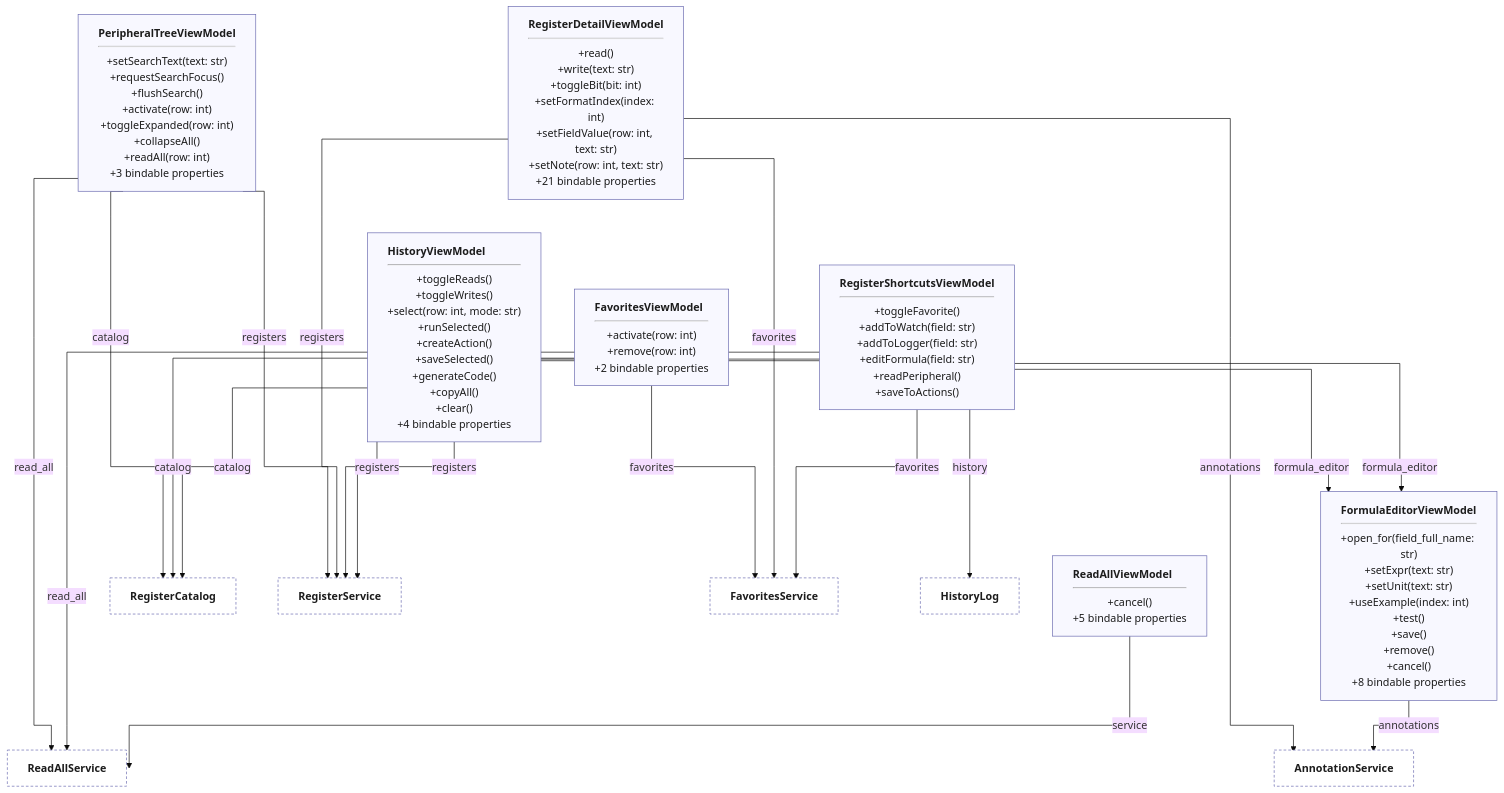
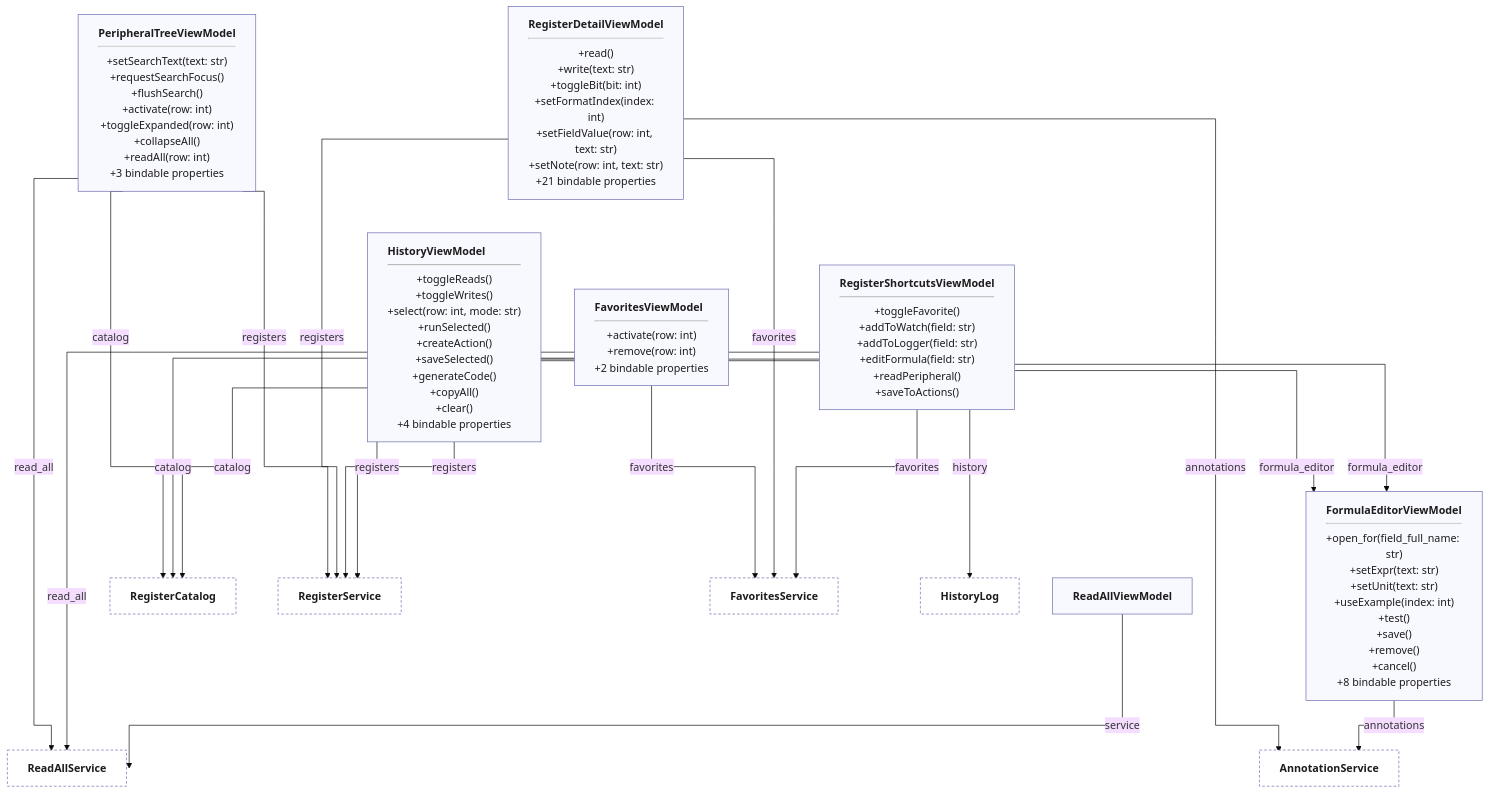
Diagram 13 of 30 in docs/ARCHITECTURE.md (ShoyonK/sample_ui), drawn with Mermaid (base theme) before and after one commit. The commit also changed other lines of this file and 315 other files, not shown here.

````diff
--- a/docs/ARCHITECTURE.md
+++ b/docs/ARCHITECTURE.md
@@ -390,41 +414,41 @@
 ```mermaid
 %%{init: {"flowchart": {"curve": "stepAfter"}}}%%
 flowchart TB
     classDef box text-align:left,fill:#f8f8ff,stroke:#6a6ab0,color:#1c1c1c
     classDef stub fill:#ffffff,stroke:#6a6ab0,stroke-dasharray:4 3,color:#1c1c1c
     PeripheralTreeViewModel["<b>PeripheralTreeViewModel</b><hr/>+setSearchText(text: str)<br/>+requestSearchFocus()<br/>+flushSearch()<br/>+activate(row: int)<br/>+toggleExpanded(row: int)<br/>+collapseAll()<br/>+readAll(row: int)<br/>+3 bindable properties"]:::box
     FavoritesViewModel["<b>FavoritesViewModel</b><hr/>+activate(row: int)<br/>+remove(row: int)<br/>+2 bindable properties"]:::box
     RegisterDetailViewModel["<b>RegisterDetailViewModel</b><hr/>+read()<br/>+write(text: str)<br/>+toggleBit(bit: int)<br/>+setFormatIndex(index: int)<br/>+setFieldValue(row: int, text: str)<br/>+setNote(row: int, text: str)<br/>+21 bindable properties"]:::box
     RegisterShortcutsViewModel["<b>RegisterShortcutsViewModel</b><hr/>+toggleFavorite()<br/>+addToWatch(field: str)<br/>+addToLogger(field: str)<br/>+editFormula(field: str)<br/>+readPeripheral()<br/>+saveToActions()"]:::box
-    ReadAllViewModel["<b>ReadAllViewModel</b><hr/>+cancel()<br/>+5 bindable properties"]:::box
+    ReadAllViewModel["<b>ReadAllViewModel</b>"]:::box
     HistoryViewModel["<b>HistoryViewModel</b><hr/>+toggleReads()<br/>+toggleWrites()<br/>+select(row: int, mode: str)<br/>+runSelected()<br/>+createAction()<br/>+saveSelected()<br/>+generateCode()<br/>+copyAll()<br/>+clear()<br/>+4 bindable properties"]:::box
     FormulaEditorViewModel["<b>FormulaEditorViewModel</b><hr/>+open_for(field_full_name: str)<br/>+setExpr(text: str)<br/>+setUnit(text: str)<br/>+useExample(index: int)<br/>+test()<br/>+save()<br/>+remove()<br/>+cancel()<br/>+8 bindable properties"]:::box
     RegisterCatalog["<b>RegisterCatalog</b>"]:::stub
     RegisterService["<b>RegisterService</b>"]:::stub
     ReadAllService["<b>ReadAllService</b>"]:::stub
     FavoritesService["<b>FavoritesService</b>"]:::stub
     AnnotationService["<b>AnnotationService</b>"]:::stub
     HistoryLog["<b>HistoryLog</b>"]:::stub
     PeripheralTreeViewModel -->|"catalog"| RegisterCatalog
     PeripheralTreeViewModel -->|"registers"| RegisterService
     PeripheralTreeViewModel -->|"read_all"| ReadAllService
     FavoritesViewModel -->|"catalog"| RegisterCatalog
     FavoritesViewModel -->|"favorites"| FavoritesService
     RegisterDetailViewModel -->|"registers"| RegisterService
     RegisterDetailViewModel -->|"favorites"| FavoritesService
     RegisterDetailViewModel -->|"annotations"| AnnotationService
     RegisterShortcutsViewModel -->|"registers"| RegisterService
     RegisterShortcutsViewModel -->|"favorites"| FavoritesService
     RegisterShortcutsViewModel -->|"formula_editor"| FormulaEditorViewModel
     RegisterShortcutsViewModel -->|"read_all"| ReadAllService
     ReadAllViewModel -->|"service"| ReadAllService
     HistoryViewModel -->|"history"| HistoryLog
     HistoryViewModel -->|"catalog"| RegisterCatalog
     HistoryViewModel -->|"registers"| RegisterService
     FormulaEditorViewModel -->|"annotations"| AnnotationService
     RegisterShortcutsViewModel -->|"formula_editor"| FormulaEditorViewModel
     PeripheralTreeViewModel ~~~ RegisterShortcutsViewModel
     FavoritesViewModel ~~~ ReadAllViewModel
     RegisterDetailViewModel ~~~ HistoryViewModel
     RegisterShortcutsViewModel ~~~ FormulaEditorViewModel
 ```
````
